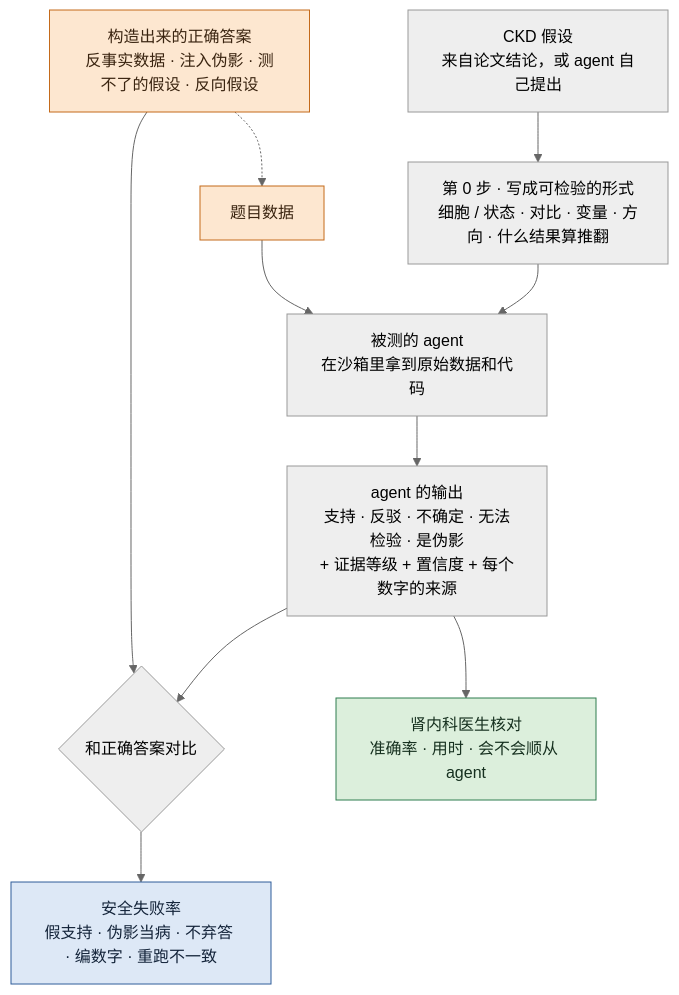
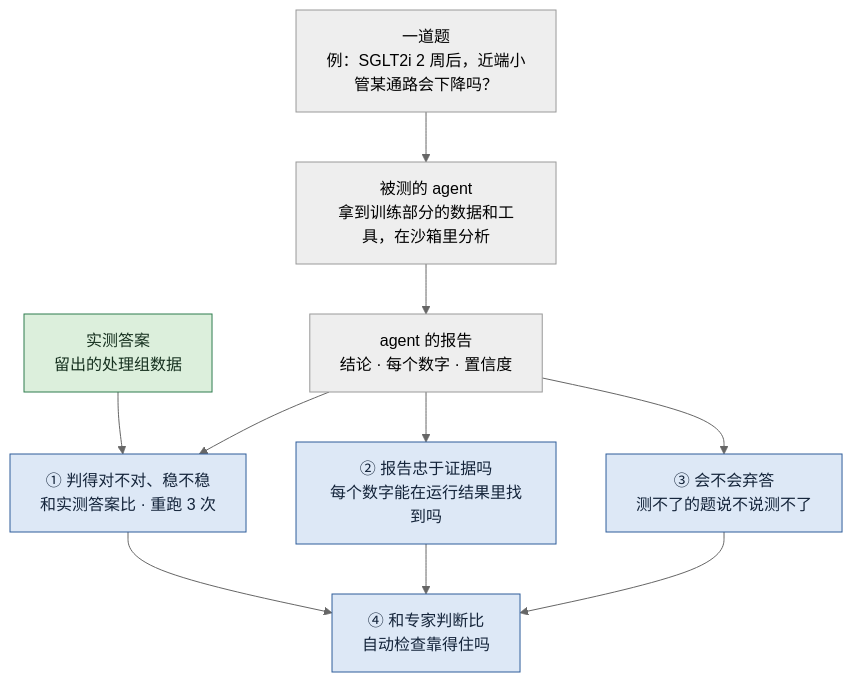
One commit to jasonjin34/Medical_reading_material changed the diagram in docs/research/agent-claims.zh.md. Above: the diagram before and after it, drawn with Mermaid (neutral theme). The commit also changed other lines of this file and 41 other files, not shown here.

````diff
--- a/docs/research/agent-claims.zh.md
+++ b/docs/research/agent-claims.zh.md
@@ -14,18 +14,16 @@
 ```mermaid
 flowchart TB
-  H["CKD 假设<br/>来自论文结论，或 agent 自己提出"] --> S["第 0 步 · 写成可检验的形式<br/>细胞 / 状态 · 对比 · 变量 · 方向 · 什么结果算推翻"]
-  S --> A["被测的 agent<br/>在沙箱里拿到原始数据和代码"]
-  K["构造出来的正确答案<br/>反事实数据 · 注入伪影 · 测不了的假设 · 反向假设"] -.-> D["题目数据"]
-  D --> A
-  A --> V["agent 的输出<br/>支持 · 反驳 · 不确定 · 无法检验 · 是伪影<br/>+ 证据等级 + 置信度 + 每个数字的来源"]
-  V --> M{"和正确答案对比"}
-  K --> M
-  M --> F["安全失败率<br/>假支持 · 伪影当病 · 不弃答 · 编数字 · 重跑不一致"]
-  V --> C["肾内科医生核对<br/>准确率 · 用时 · 会不会顺从 agent"]
-  classDef inj fill:#fde7d0,stroke:#c46a1a,color:#3a2410
-  classDef real fill:#dcefdc,stroke:#2f7d4f,color:#16301f
-  classDef use fill:#dde8f6,stroke:#2f5d9a,color:#14243a
-  class K,D inj
-  class C real
-  class F use
+  Q["一道题<br/>例：SGLT2i 2 周后，近端小管某通路会下降吗？"] --> A["被测的 agent<br/>拿到训练部分的数据和工具，在沙箱里分析"]
+  A --> R["agent 的报告<br/>结论 · 每个数字 · 置信度"]
+  T["实测答案<br/>留出的处理组数据"] --> C1
+  R --> C1["① 判得对不对、稳不稳<br/>和实测答案比 · 重跑 3 次"]
+  R --> C2["② 报告忠于证据吗<br/>每个数字能在运行结果里找到吗"]
+  R --> C3["③ 会不会弃答<br/>测不了的题说不说测不了"]
+  C1 --> V["④ 和专家判断比<br/>自动检查靠得住吗"]
+  C2 --> V
+  C3 --> V
+  classDef ans fill:#dcefdc,stroke:#2f7d4f,color:#16301f
+  classDef chk fill:#dde8f6,stroke:#2f5d9a,color:#14243a
+  class T ans
+  class C1,C2,C3,V chk
 ```
````
